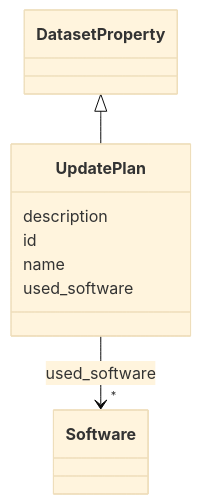
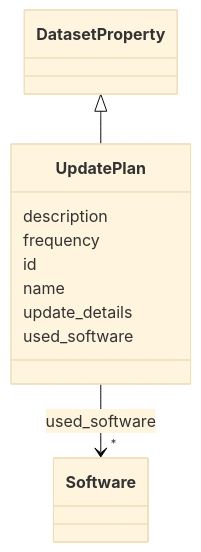
The diagram in docs/UpdatePlan.md (bridge2ai/data-sheets-schema), drawn with Mermaid (base theme) before and after one commit. The commit also changed other lines of this file and 682 other files, not shown here.

````diff
--- a/docs/UpdatePlan.md
+++ b/docs/UpdatePlan.md
@@ -20,26 +20,30 @@
 ```mermaid
  classDiagram
     class UpdatePlan
     click UpdatePlan href "../UpdatePlan/"
       DatasetProperty <|-- UpdatePlan
         click DatasetProperty href "../DatasetProperty/"
       
       UpdatePlan : description
         
+      UpdatePlan : frequency
+        
       UpdatePlan : id
         
       UpdatePlan : name
+        
+      UpdatePlan : update_details
         
       UpdatePlan : used_software
         
           
     
         
         
         UpdatePlan --> "*" Software : used_software
         click Software href "../Software/"
     
 
         
       
 ```
````
